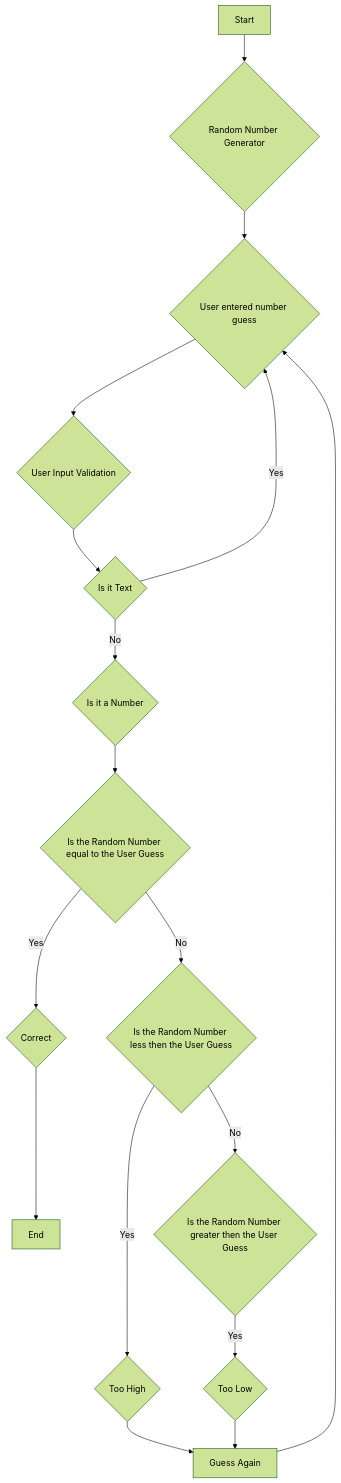
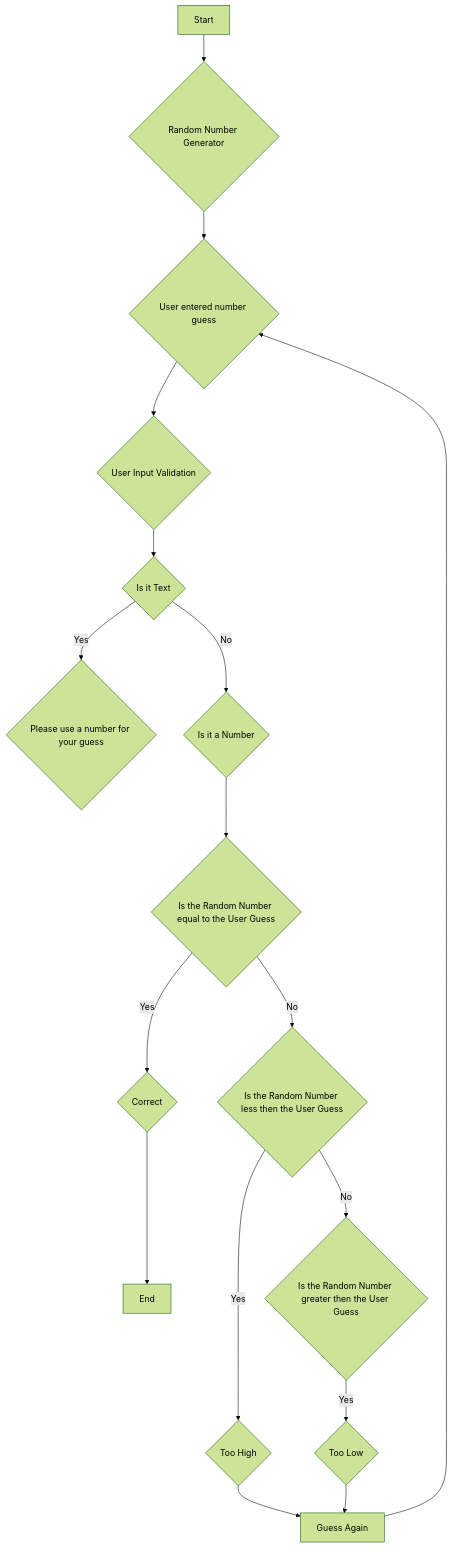
Before and after one commit to mewald19/guessinggame.github.io: the diagram in README.md, drawn with Mermaid (forest theme).

Commit message:
Update README.md
cleaning up more code

````diff
--- a/README.md
+++ b/README.md
@@ -2,16 +2,16 @@
 ```mermaid
 
 flowchart TD
     A[Start] --> B{Random Number Generator} --> C{User entered number guess} -->D{User Input Validation} --> E{Is it Text}
-    E -- Yes --> C
+    E -- Yes --> O{Please use a number for your guess}
     E -- No --> F{Is it a Number}
     F --> G{Is the Random Number equal to the User Guess}
     G -- Yes -->  H{Correct}
     G -- No --> I{Is the Random Number less then the User Guess}
     I -- Yes --> J{Too High}
     I -- No --> K{Is the Random Number greater then the User Guess}
     K -- Yes --> L{Too Low}
     J & L --> M[Guess Again]
     M --> C
     H --> N[End]
 ```
````
